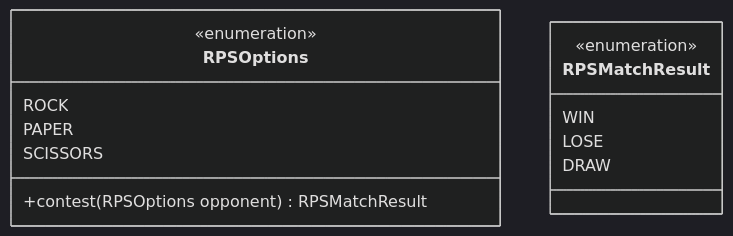
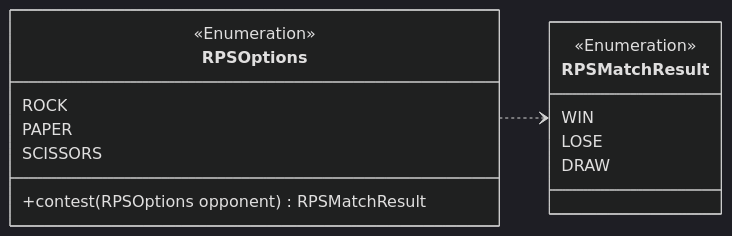
The first of 3 diagrams in README.md (JorritScholten/PlayersGuide), drawn with Mermaid (dark theme) before and after one commit. The commit also changed 1 other file, not shown here.

Commit message:
cleaned up and added dependency link to class diagram

````diff
--- a/README.md
+++ b/README.md
@@ -14,15 +14,20 @@
 ```mermaid
 classDiagram
-    class RPSOptions
-    <<enumeration>> RPSOptions
-    RPSOptions: ROCK
-    RPSOptions: PAPER
-    RPSOptions: SCISSORS
-    RPSOptions: +contest(RPSOptions opponent) RPSMatchResult
+    direction LR
+    class RPSOptions {
+        <<Enumeration>>
+        ROCK
+        PAPER
+        SCISSORS
+        +contest(RPSOptions opponent) RPSMatchResult
+    }
 
-    class RPSMatchResult
-    <<enumeration>> RPSMatchResult
-    RPSMatchResult: WIN
-    RPSMatchResult: LOSE
-    RPSMatchResult: DRAW
+    class RPSMatchResult {
+        <<Enumeration>>
+        WIN
+        LOSE
+        DRAW
+    }
+
+    RPSOptions ..> RPSMatchResult
 ```
````
